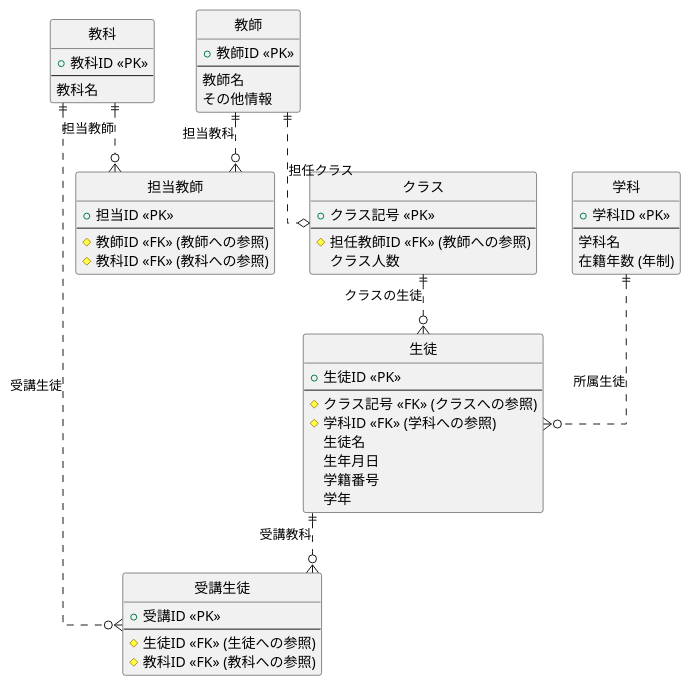
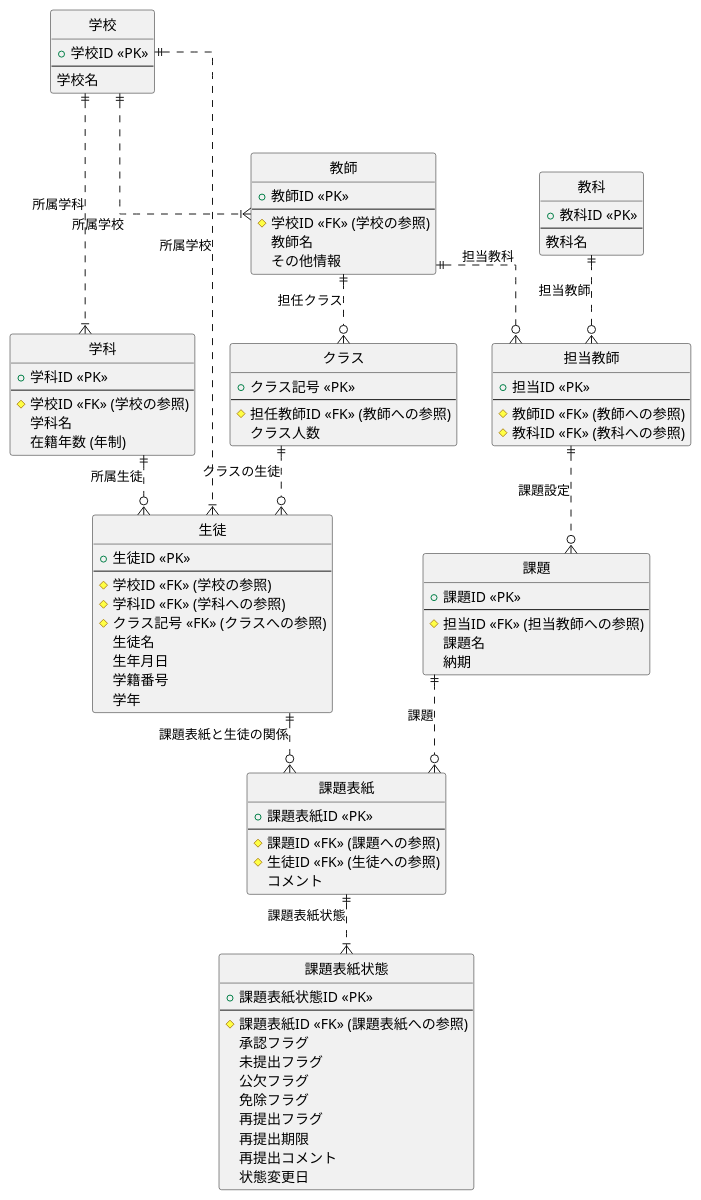
The diagram in ER.pu (naruto1031/ScholarSync-backend), drawn with PlantUML before and after one commit.

Commit message:
ER図を更新
i Please enter the commit message for your changes. Lines starting

```diff
--- a/ER.pu
+++ b/ER.pu
@@ -1,68 +1,105 @@
 @startuml Same
 hide circle
 skinparam Linetype ortho
 
 entity "生徒" as student {
     + 生徒ID <<PK>>
     --
+    # 学校ID <<FK>> (学校の参照)
+    # 学科ID <<FK>> (学科への参照)
     # クラス記号 <<FK>> (クラスへの参照)
-    # 学科ID <<FK>> (学科への参照)
     生徒名
     生年月日
     学籍番号
     学年
 }
 
+entity "学校" as school {
+    + 学校ID <<PK>>
+    ----
+    学校名
+}
+
 entity "学科" as department {
     + 学科ID <<PK>>
     --
+    # 学校ID <<FK>> (学校の参照)
     学科名
     在籍年数 (年制)
 }
 
 entity "クラス" as class {
     + クラス記号 <<PK>>
     --
     # 担任教師ID <<FK>> (教師への参照)
     クラス人数
 }
 
 entity "教師" as teacher {
     + 教師ID <<PK>>
     --
+    # 学校ID <<FK>> (学校の参照)
     教師名
     その他情報
 }
 
 entity "教科" as subject {
     + 教科ID <<PK>>
     --
     教科名
 }
 
 entity "担当教師" as teacher_subject {
     + 担当ID <<PK>>
     --
     # 教師ID <<FK>> (教師への参照)
     # 教科ID <<FK>> (教科への参照)
 }
 
-entity "受講生徒" as student_subject {
-    + 受講ID <<PK>>
+entity "課題" as issue {
+    + 課題ID <<PK>>
     --
-    # 生徒ID <<FK>> (生徒への参照)
-    # 教科ID <<FK>> (教科への参照)
+    # 担当ID <<FK>> (担当教師への参照)
+    課題名
+    納期
 }
 
-student ||..o{ student_subject: 受講教科
-subject ||..o{ student_subject: 受講生徒
+entity "課題表紙" as issueCover {
+    + 課題表紙ID <<PK>>
+    --
+    # 課題ID <<FK>> (課題への参照)
+    # 生徒ID <<FK>> (生徒への参照)
+    コメント
+}
+
+entity "課題表紙状態" as issueCoverStatus {
+    + 課題表紙状態ID <<PK>>
+    --
+    # 課題表紙ID <<FK>> (課題表紙への参照)
+    承認フラグ
+    未提出フラグ
+    公欠フラグ
+    免除フラグ
+    再提出フラグ
+    再提出期限
+    再提出コメント
+    状態変更日
+}
 
 subject ||..o{ teacher_subject: 担当教師
 teacher ||..o{ teacher_subject: 担当教科
 
-teacher ||..o class: 担任クラス
-
+teacher ||..o{ class: 担任クラス
 class ||..o{ student: クラスの生徒
 department ||..o{ student: 所属生徒
 
+school ||..|{ student: 所属学校
+school ||..|{ department: 所属学科
+school ||..|{ teacher: 所属学校
+
+teacher_subject ||..o{ issue: 課題設定
+issue ||..o{ issueCover: 課題
+student ||..o{ issueCover: 課題表紙と生徒の関係
+issueCover ||..|{ issueCoverStatus: 課題表紙状態
+
 @enduml
```
